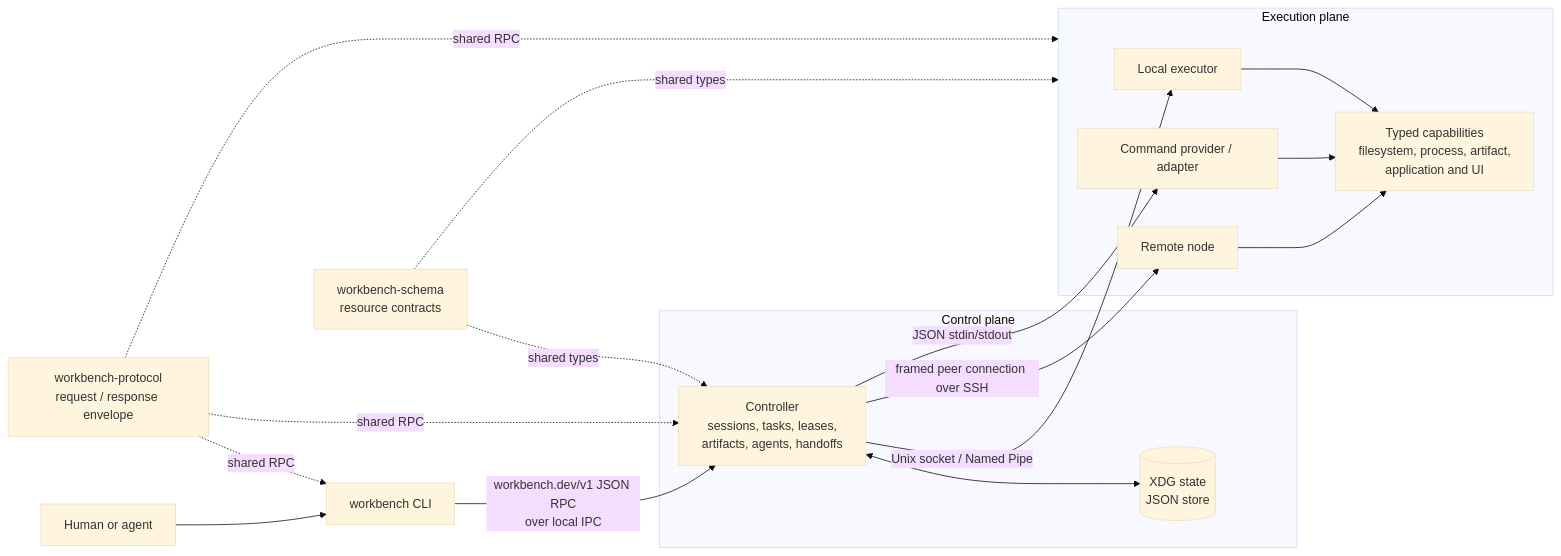
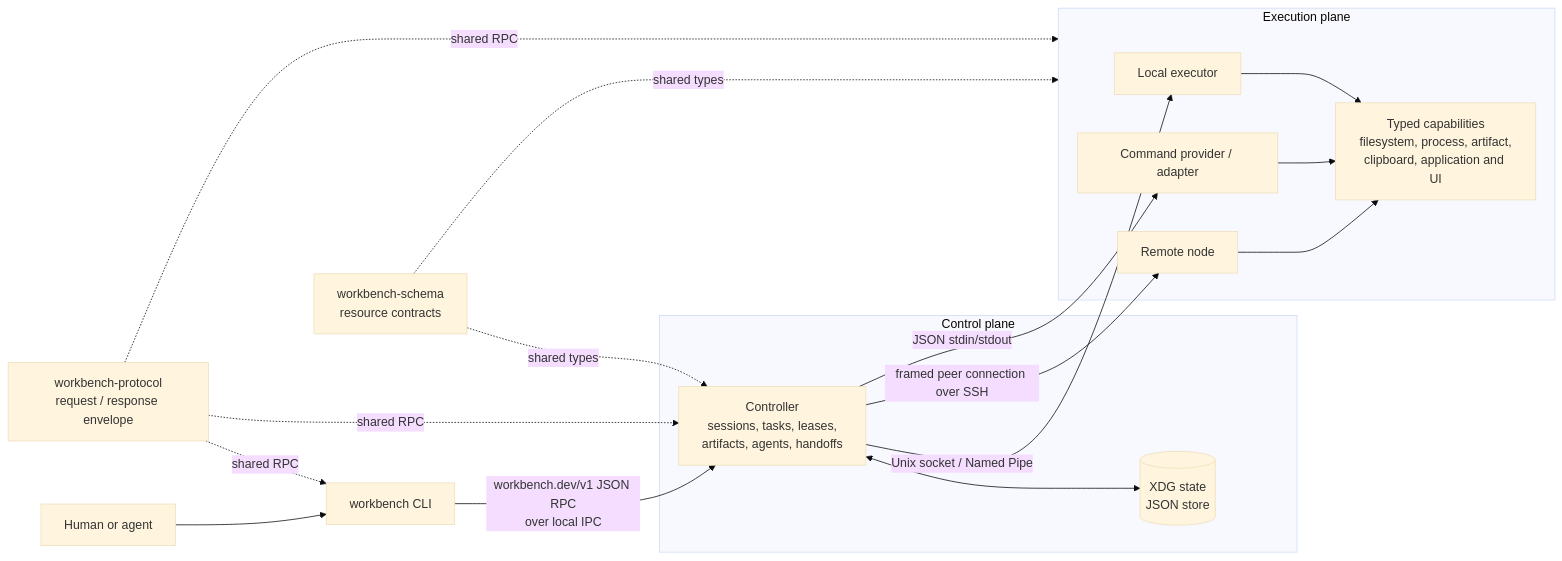
Before and after one commit to lukewang1024/distributed-workbench: the diagram in README.md, drawn with Mermaid (base theme). The commit also changed other lines of this file and 15 other files, not shown here.

````diff
--- a/README.md
+++ b/README.md
@@ -13,31 +13,31 @@
 ```mermaid
 flowchart LR
     User[Human or agent] --> CLI[workbench CLI]
     CLI -->|workbench.dev/v1 JSON RPC<br/>over local IPC| Controller
 
     subgraph ControlPlane[Control plane]
         Controller[Controller<br/>sessions, tasks, leases,<br/>artifacts, agents, handoffs]
         Store[(XDG state<br/>JSON store)]
         Controller <--> Store
     end
 
     Controller -->|Unix socket / Named Pipe| Local[Local executor]
     Controller -->|framed peer connection over SSH| Remote[Remote node]
     Controller -->|JSON stdin/stdout| Provider[Command provider / adapter]
 
     subgraph ExecutionPlane[Execution plane]
         Local
         Remote
         Provider
-        Capabilities[Typed capabilities<br/>filesystem, process, artifact,<br/>application and UI]
+        Capabilities[Typed capabilities<br/>filesystem, process, artifact,<br/>clipboard, application and UI]
         Local --> Capabilities
         Remote --> Capabilities
         Provider --> Capabilities
     end
 
     Schema[workbench-schema<br/>resource contracts] -. shared types .-> Controller
     Schema -. shared types .-> ExecutionPlane
     Protocol[workbench-protocol<br/>request / response envelope] -. shared RPC .-> CLI
     Protocol -. shared RPC .-> Controller
     Protocol -. shared RPC .-> ExecutionPlane
 ```
````
